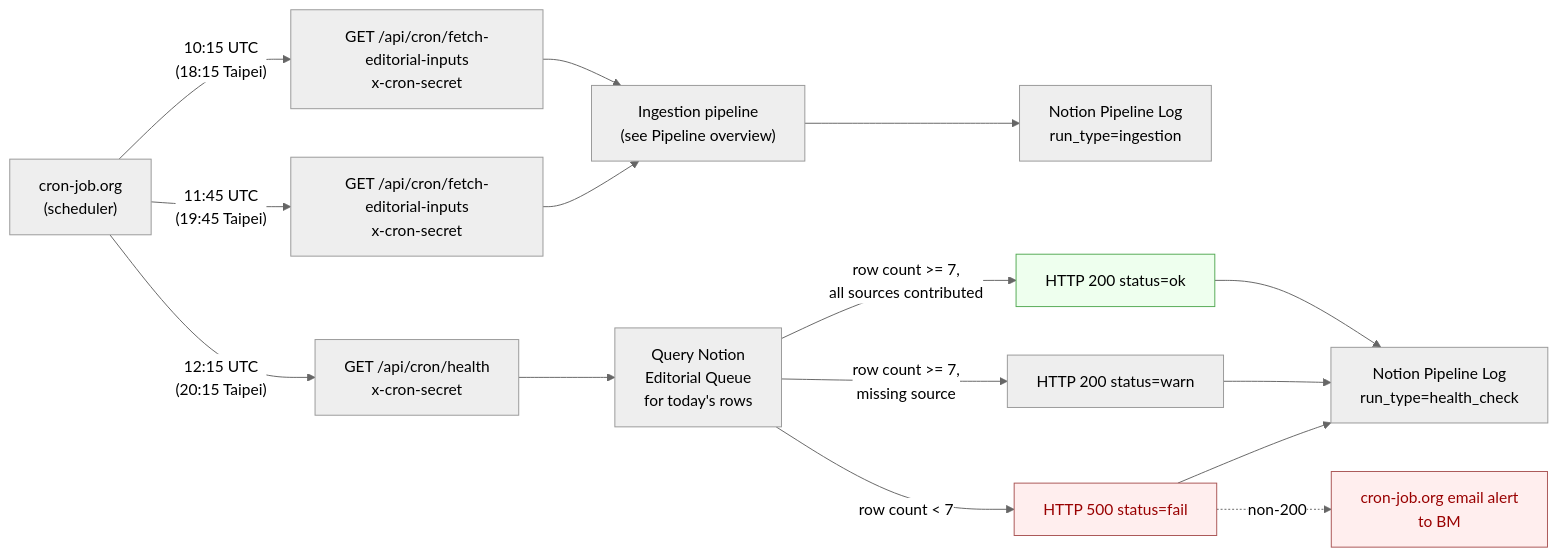
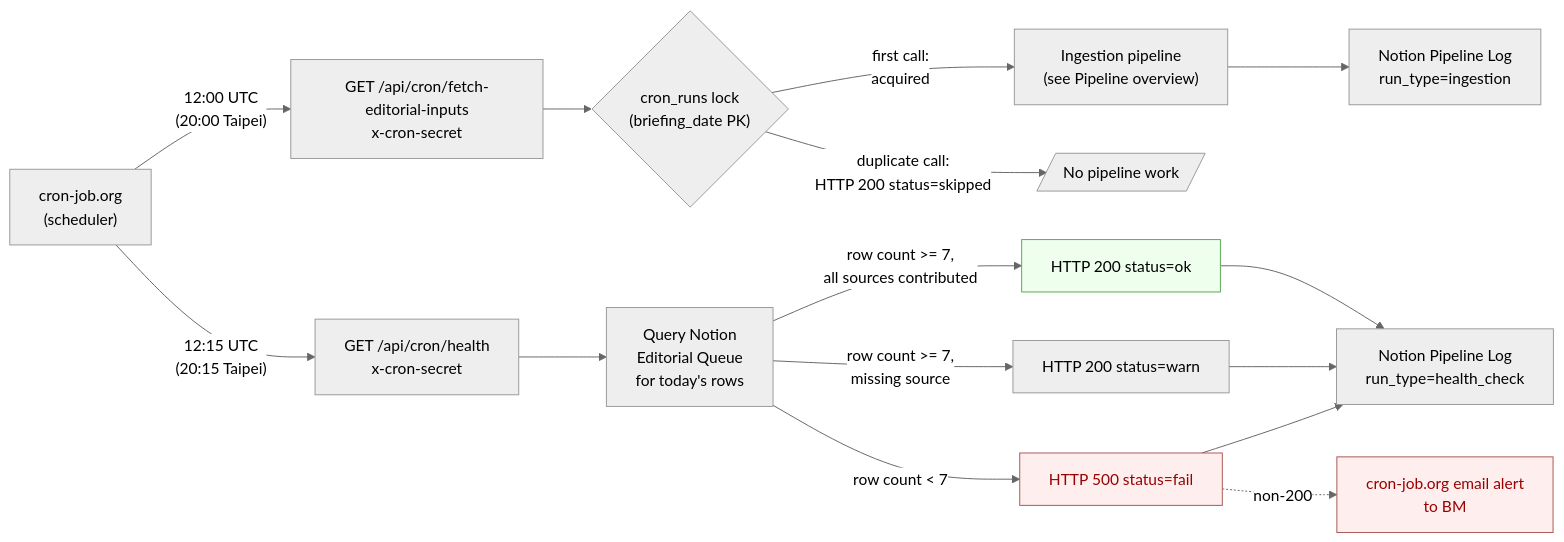
The second of 2 diagrams in docs/engineering/ARCHITECTURE.md (brandonma25/bootupnews), drawn with Mermaid (neutral theme) before and after one commit. The commit also changed other lines of this file and 9 other files, not shown here.

````diff
--- a/docs/engineering/ARCHITECTURE.md
+++ b/docs/engineering/ARCHITECTURE.md
@@ -50,24 +50,24 @@
 ```mermaid
 flowchart LR
-    SCHED["cron-job.org<br/>(scheduler)"] -->|"10:15 UTC<br/>(18:15 Taipei)"| ING1["GET /api/cron/fetch-editorial-inputs<br/>x-cron-secret"]
-    SCHED -->|"11:45 UTC<br/>(19:45 Taipei)"| ING2["GET /api/cron/fetch-editorial-inputs<br/>x-cron-secret"]
+    SCHED["cron-job.org<br/>(scheduler)"] -->|"12:00 UTC<br/>(20:00 Taipei)"| ING["GET /api/cron/fetch-editorial-inputs<br/>x-cron-secret"]
     SCHED -->|"12:15 UTC<br/>(20:15 Taipei)"| HEAL["GET /api/cron/health<br/>x-cron-secret"]
 
-    ING1 --> PIPE["Ingestion pipeline<br/>(see Pipeline overview)"]
-    ING2 --> PIPE
+    ING --> LOCK{"cron_runs lock<br/>(briefing_date PK)"}
+    LOCK -->|"first call:<br/>acquired"| PIPE["Ingestion pipeline<br/>(see Pipeline overview)"]
+    LOCK -->|"duplicate call:<br/>HTTP 200 status=skipped"| NOOP[/No pipeline work/]
     PIPE --> PLOG["Notion Pipeline Log<br/>run_type=ingestion"]
 
     HEAL --> QUERY["Query Notion<br/>Editorial Queue<br/>for today's rows"]
     QUERY -->|row count >= 7,<br/>all sources contributed| OK["HTTP 200 status=ok"]
     QUERY -->|row count >= 7,<br/>missing source| WARN["HTTP 200 status=warn"]
     QUERY -->|row count < 7| FAIL["HTTP 500 status=fail"]
     OK --> PLOG2["Notion Pipeline Log<br/>run_type=health_check"]
     WARN --> PLOG2
     FAIL --> PLOG2
     FAIL -.->|non-200| ALERT["cron-job.org email alert<br/>to BM"]
 
     classDef alert fill:#fee,stroke:#a55,color:#900
     classDef ok fill:#efe,stroke:#5a5
     class FAIL,ALERT alert
     class OK ok
 ```
````
